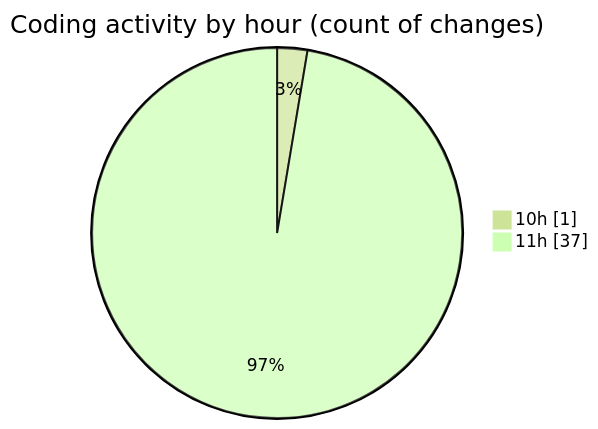
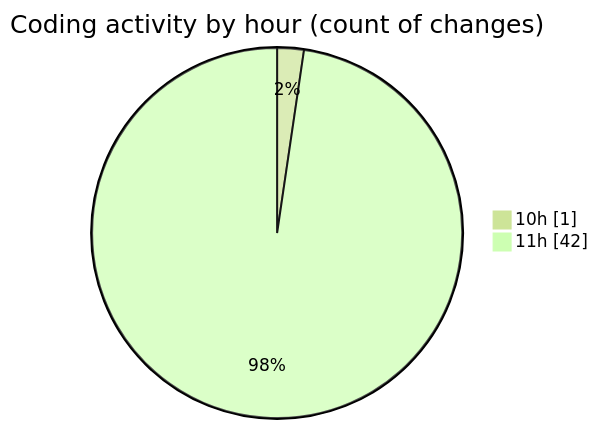
Before and after one commit to nxtqubesakshisongat/code-tracking: the second of 2 diagrams in 2025-08-03/nxtqube_webapp/README.md, drawn with Mermaid (forest theme). The commit also changed other lines of this file and 1 other file, not shown here.

````diff
--- a/2025-08-03/nxtqube_webapp/README.md
+++ b/2025-08-03/nxtqube_webapp/README.md
@@ -36,6 +36,6 @@
 ```mermaid
 pie showData
 title Coding activity by hour (count of changes)
 "10h" : 1
-"11h" : 37
+"11h" : 42
 ```
````
